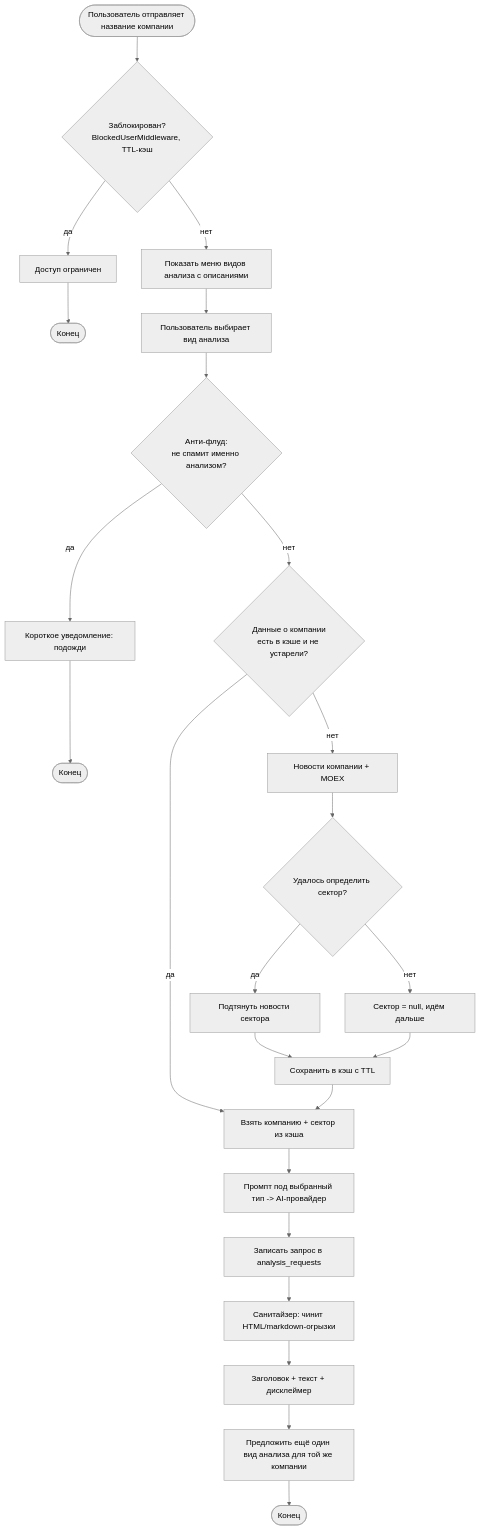
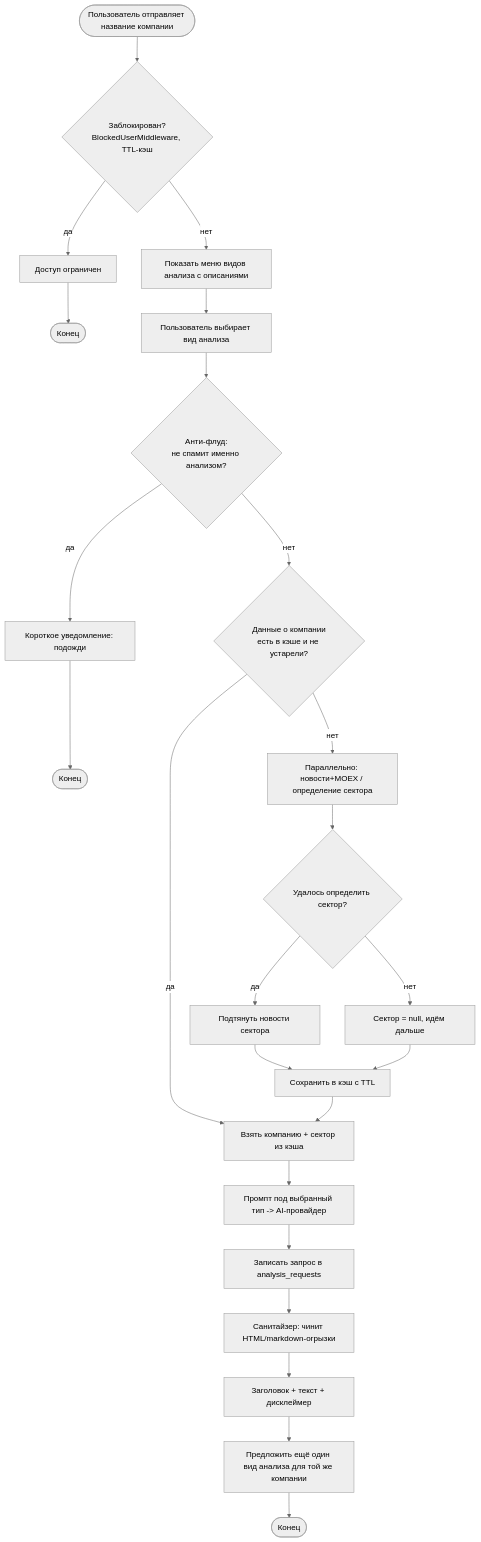
Before and after one commit to keshtoim/analysis_for_invest_bot: the fourth of 6 diagrams in README.md, drawn with Mermaid (neutral theme). The commit also changed other lines of this file, not shown here.

First line of the commit message:
docs: диаграмма последовательности для сценария анализа

````diff
--- a/README.md
+++ b/README.md
@@ -297,24 +297,24 @@
 ```mermaid
 flowchart TD
     Start([Пользователь отправляет название компании]) --> Blocked{Заблокирован?<br/>BlockedUserMiddleware, TTL-кэш}
     Blocked -- да --> Reject[Доступ ограничен] --> End0([Конец])
     Blocked -- нет --> Menu[Показать меню видов анализа с описаниями]
     Menu --> Choice[Пользователь выбирает вид анализа]
     Choice --> Flood{Анти-флуд:<br/>не спамит именно анализом?}
     Flood -- да --> WaitMsg[Короткое уведомление: подожди] --> End1([Конец])
     Flood -- нет --> Cache{Данные о компании<br/>есть в кэше и не устарели?}
     Cache -- да --> UseCache[Взять компанию + сектор из кэша]
-    Cache -- нет --> Fetch[Новости компании + MOEX]
+    Cache -- нет --> Fetch[Параллельно: новости+MOEX / определение сектора]
     Fetch --> Sector{Удалось определить сектор?}
     Sector -- да --> SectorNews[Подтянуть новости сектора]
     Sector -- нет --> NoSector[Сектор = null, идём дальше]
     SectorNews --> SaveCache[Сохранить в кэш с TTL]
     NoSector --> SaveCache
     SaveCache --> UseCache
     UseCache --> AI[Промпт под выбранный тип -> AI-провайдер]
     AI --> Log[Записать запрос в analysis_requests]
     Log --> Sanitize[Санитайзер: чинит HTML/markdown-огрызки]
     Sanitize --> Send[Заголовок + текст + дисклеймер]
     Send --> Offer[Предложить ещё один вид анализа для той же компании]
     Offer --> End2([Конец])
 ```
````
